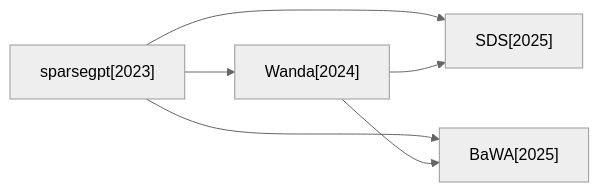
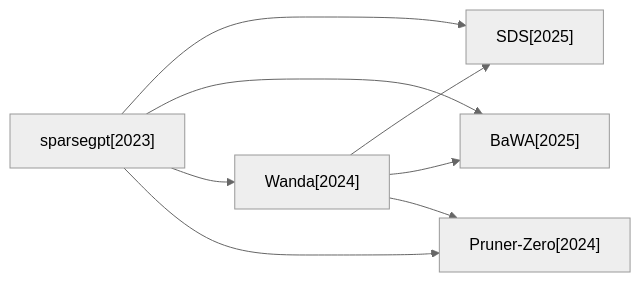
The third of 5 diagrams in docs/baseline_methods_graph.md (hustzxd/EfficientPaper), drawn with Mermaid (neutral theme) before and after one commit. The commit also changed 19 other files, not shown here.

````diff
--- a/docs/baseline_methods_graph.md
+++ b/docs/baseline_methods_graph.md
@@ -42,12 +42,15 @@
 ```mermaid
 flowchart LR
+    2025_BaWA["BaWA[2025]"]
+    2024_Wanda["Wanda[2024]"]
     2023_sparsegpt["sparsegpt[2023]"]
-    2025_BaWA["BaWA[2025]"]
+    2024_Pruner_Zero["Pruner-Zero[2024]"]
     2025_SDS["SDS[2025]"]
-    2024_Wanda["Wanda[2024]"]
+    2024_Wanda --> 2025_SDS
+    2024_Wanda --> 2025_BaWA
+    2024_Wanda --> 2024_Pruner_Zero
     2023_sparsegpt --> 2025_SDS
     2023_sparsegpt --> 2025_BaWA
     2023_sparsegpt --> 2024_Wanda
-    2024_Wanda --> 2025_SDS
-    2024_Wanda --> 2025_BaWA
+    2023_sparsegpt --> 2024_Pruner_Zero
 ```
````
